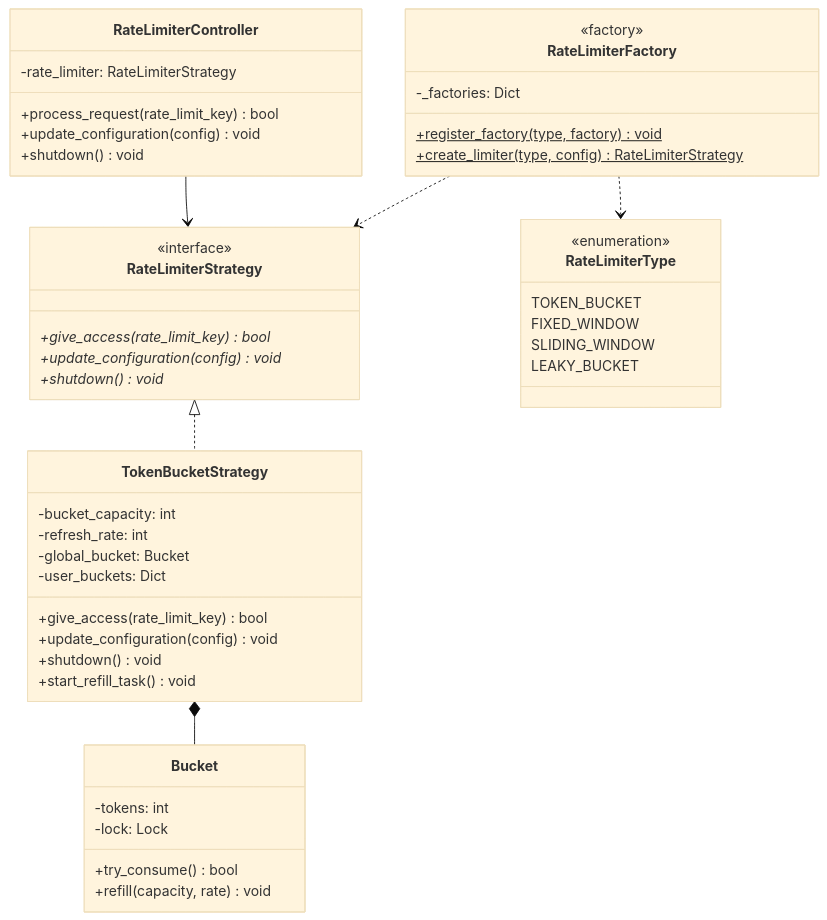
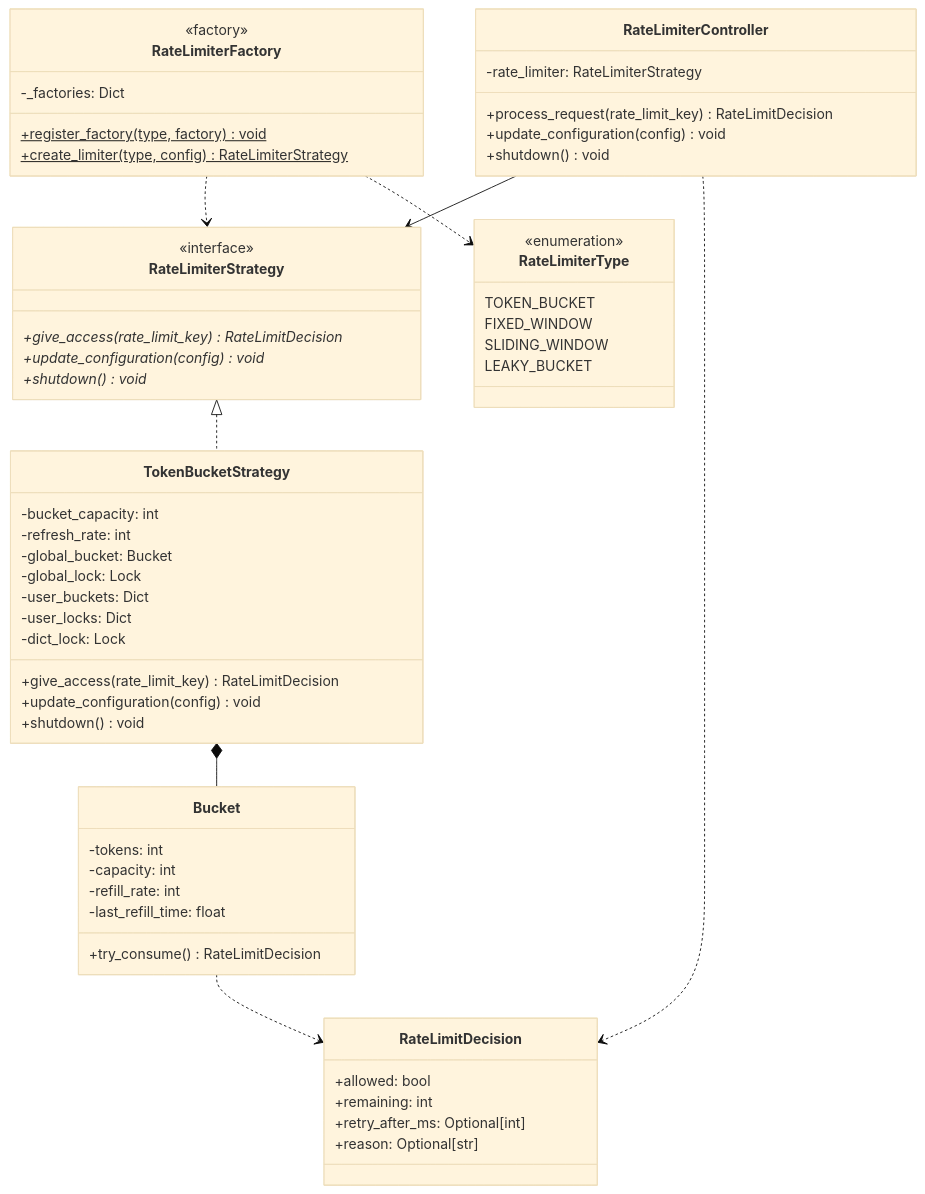
One commit to Eakanath1/Problems-Practice changed the first of 4 diagrams in rate-limiter/README.md. Above: the diagram before and after it, drawn with Mermaid (base theme). The commit also changed other lines of this file and 2 other files, not shown here.

Commit message:
update(rate-limiter): implement lazy refill and comprehensive decision responses

````diff
--- a/rate-limiter/README.md
+++ b/rate-limiter/README.md
@@ -37,55 +65,67 @@
 ```mermaid
 classDiagram
     class RateLimiterStrategy {
         <<interface>>
-        +give_access(rate_limit_key)* bool
+        +give_access(rate_limit_key)* RateLimitDecision
         +update_configuration(config)* void
         +shutdown()* void
     }
     
     class TokenBucketStrategy {
         -bucket_capacity: int
         -refresh_rate: int
         -global_bucket: Bucket
+        -global_lock: Lock
         -user_buckets: Dict
-        +give_access(rate_limit_key) bool
+        -user_locks: Dict
+        -dict_lock: Lock
+        +give_access(rate_limit_key) RateLimitDecision
         +update_configuration(config) void
         +shutdown() void
-        +start_refill_task() void
     }
     
     class Bucket {
         -tokens: int
-        -lock: Lock
-        +try_consume() bool
-        +refill(capacity, rate) void
+        -capacity: int
+        -refill_rate: int
+        -last_refill_time: float
+        +try_consume() RateLimitDecision
+    }
+    
+    class RateLimitDecision {
+        +allowed: bool
+        +remaining: int
+        +retry_after_ms: Optional[int]
+        +reason: Optional[str]
     }
     
     class RateLimiterFactory {
         <<factory>>
         -_factories: Dict
         +register_factory(type, factory)$ void
         +create_limiter(type, config)$ RateLimiterStrategy
     }
     
     class RateLimiterController {
         -rate_limiter: RateLimiterStrategy
-        +process_request(rate_limit_key) bool
+        +process_request(rate_limit_key) RateLimitDecision
         +update_configuration(config) void
         +shutdown() void
     }
     
     class RateLimiterType {
         <<enumeration>>
         TOKEN_BUCKET
         FIXED_WINDOW
         SLIDING_WINDOW
         LEAKY_BUCKET
     }
     
     RateLimiterStrategy <|.. TokenBucketStrategy
     TokenBucketStrategy *-- Bucket
+    Bucket ..> RateLimitDecision
     RateLimiterController --> RateLimiterStrategy
+    RateLimiterController ..> RateLimitDecision
     RateLimiterFactory ..> RateLimiterStrategy
     RateLimiterFactory ..> RateLimiterType
 ```
````
